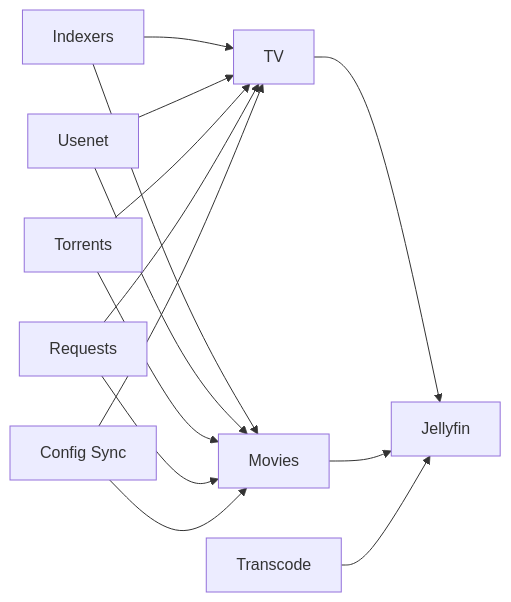
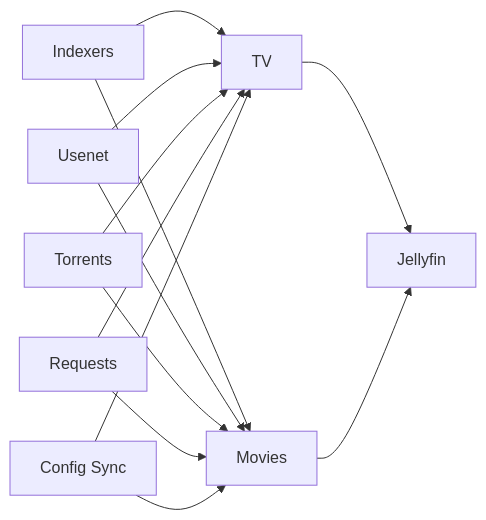
One commit to fabricesemti80/home-dc-kubernetes changed the diagram in docs/architecture/MEDIA_MANAGEMENT_STACK.md. Above: the diagram before and after it, drawn with Mermaid. The commit also changed other lines of this file and 177 other files, not shown here.

````diff
--- a/docs/architecture/MEDIA_MANAGEMENT_STACK.md
+++ b/docs/architecture/MEDIA_MANAGEMENT_STACK.md
@@ -5,16 +5,15 @@
 ```mermaid
 flowchart LR
     Prowlarr[Indexers] --> Sonarr[TV]
     Prowlarr --> Radarr[Movies]
     SABnzbd[Usenet] --> Sonarr
     SABnzbd --> Radarr
     qBittorrent[Torrents] --> Sonarr
     qBittorrent --> Radarr
     Sonarr --> Jellyfin[Jellyfin]
     Radarr --> Jellyfin
     Jellyseerr[Requests] --> Sonarr
     Jellyseerr --> Radarr
     Recyclarr[Config Sync] --> Sonarr
     Recyclarr --> Radarr
-    Tdarr[Transcode] --> Jellyfin
 ```
````
